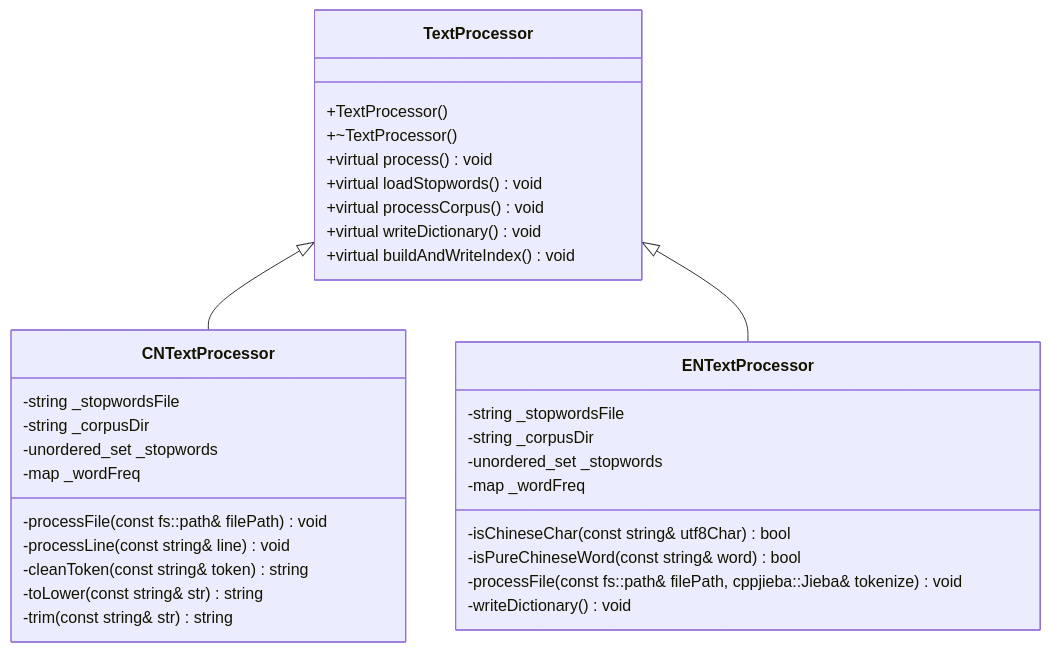
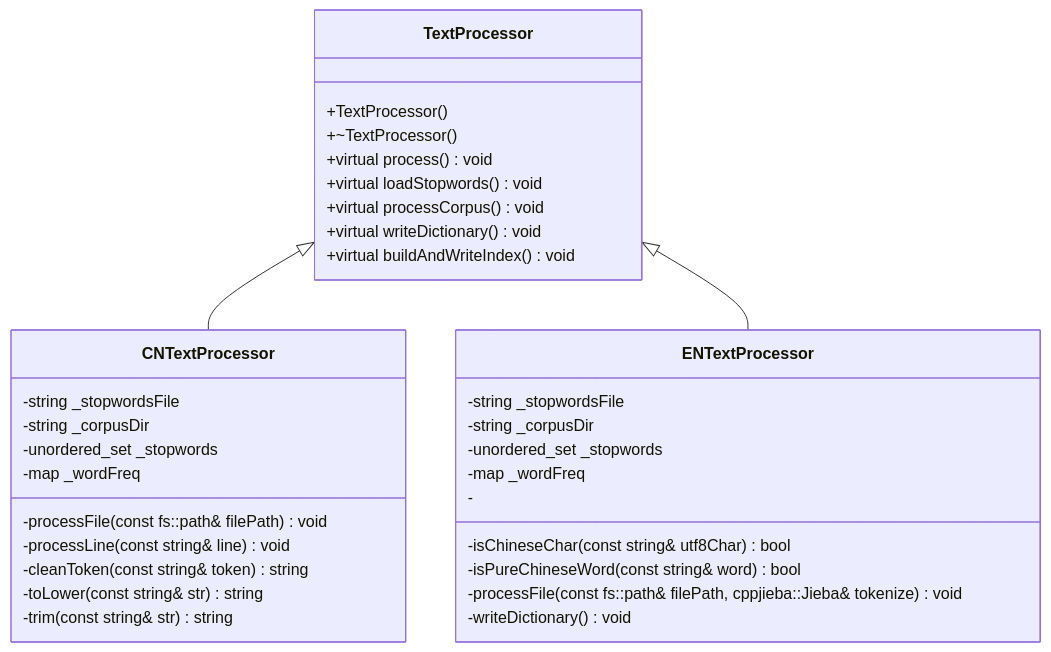
Before and after one commit to Jason-DancingBoy/iodraw-files: the diagram in all/未命名-1.md, drawn with Mermaid.

Commit message:
2026-01-02 21:22:17 update

````diff
--- a/all/未命名-1.md
+++ b/all/未命名-1.md
@@ -1,37 +1,38 @@
 ```mermaid
 classDiagram
     TextProcessor <|-- CNTextProcessor
     TextProcessor <|-- ENTextProcessor
     TextProcessor: +TextProcessor()
     TextProcessor: +~TextProcessor()
     TextProcessor: +virtual process() void
     TextProcessor: +virtual loadStopwords() void 
     TextProcessor: +virtual processCorpus() void
     TextProcessor: +virtual writeDictionary() void
     TextProcessor: +virtual buildAndWriteIndex() void
     class CNTextProcessor{
       -string _stopwordsFile
       -string _corpusDir
       -unordered_set<string> _stopwords
       -map<string, int> _wordFreq
       -processFile(const fs::path& filePath) void
       -processLine(const string& line) void 
       -cleanToken(const string& token) string
       -toLower(const string& str) string
       -trim(const string& str) string
     }
     class ENTextProcessor{
       -string _stopwordsFile
       -string _corpusDir
       -unordered_set<string> _stopwords
       -map<string, int> _wordFreq
       -isChineseChar(const string& utf8Char) bool
       -isPureChineseWord(const string& word) bool
       -processFile(const fs::path& filePath, cppjieba::Jieba& tokenize) void
       -writeDictionary() void
+      -
     }
     %%  string _stopwordsFile; // 存放停用词文件名
     %%  string _corpusDir; // 存放语料库目录
     %%  unordered_set<string> _stopwords; // 用来存放停用词
     %%  map<string, int> _wordFreq;
 ```
````
